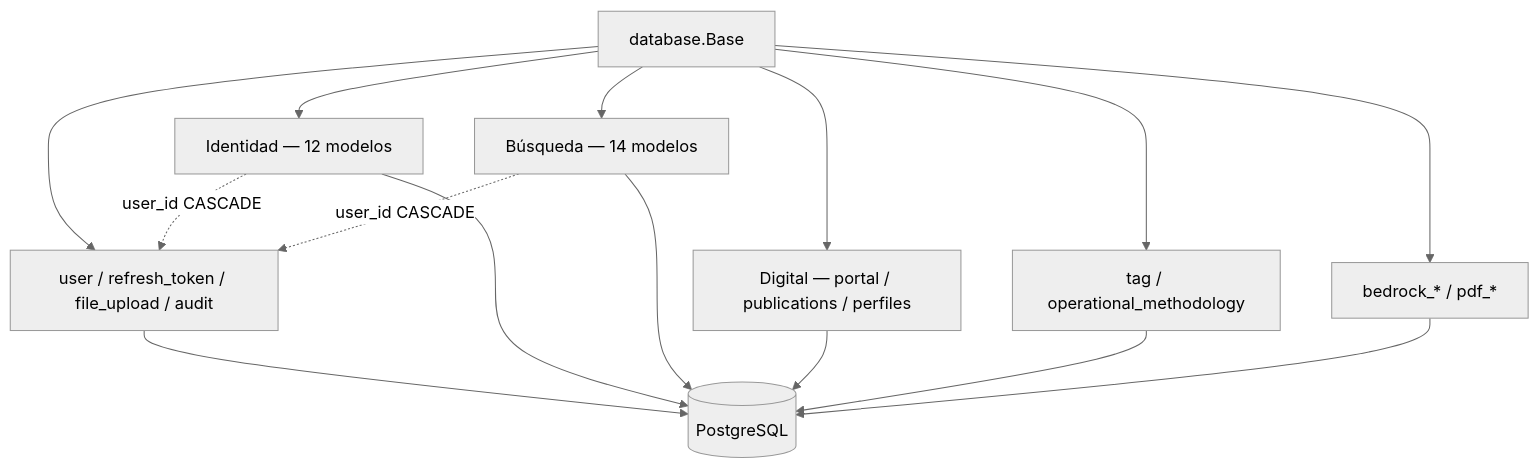
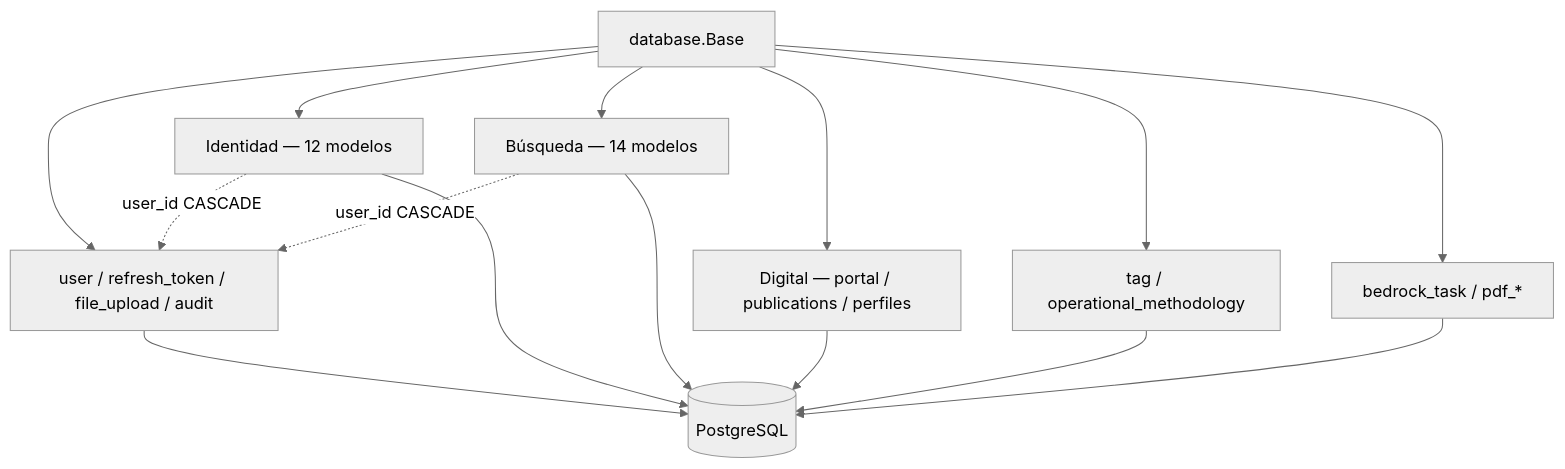
The diagram in cjhirashi-career-api/src/models/README.md (cjhirashi/cjhirashi-career), drawn with Mermaid (neutral theme) before and after one commit. The commit also changed other lines of this file and 82 other files, not shown here.

````diff
--- a/cjhirashi-career-api/src/models/README.md
+++ b/cjhirashi-career-api/src/models/README.md
@@ -9,17 +9,17 @@
 ```mermaid
 flowchart TB
     Base[database.Base] --> Core[user / refresh_token / file_upload / audit]
     Base --> Identity[Identidad — 12 modelos]
     Base --> Search[Búsqueda — 14 modelos]
     Base --> Digital[Digital — portal / publications / perfiles]
     Base --> Support[tag / operational_methodology]
-    Base --> Agent[bedrock_* / pdf_*]
+    Base --> Agent[bedrock_task / pdf_*]
     Core --> PG[(PostgreSQL)]
     Identity --> PG
     Search --> PG
     Digital --> PG
     Support --> PG
     Agent --> PG
     Identity -.->|user_id CASCADE| Core
     Search -.->|user_id CASCADE| Core
 ```
````
